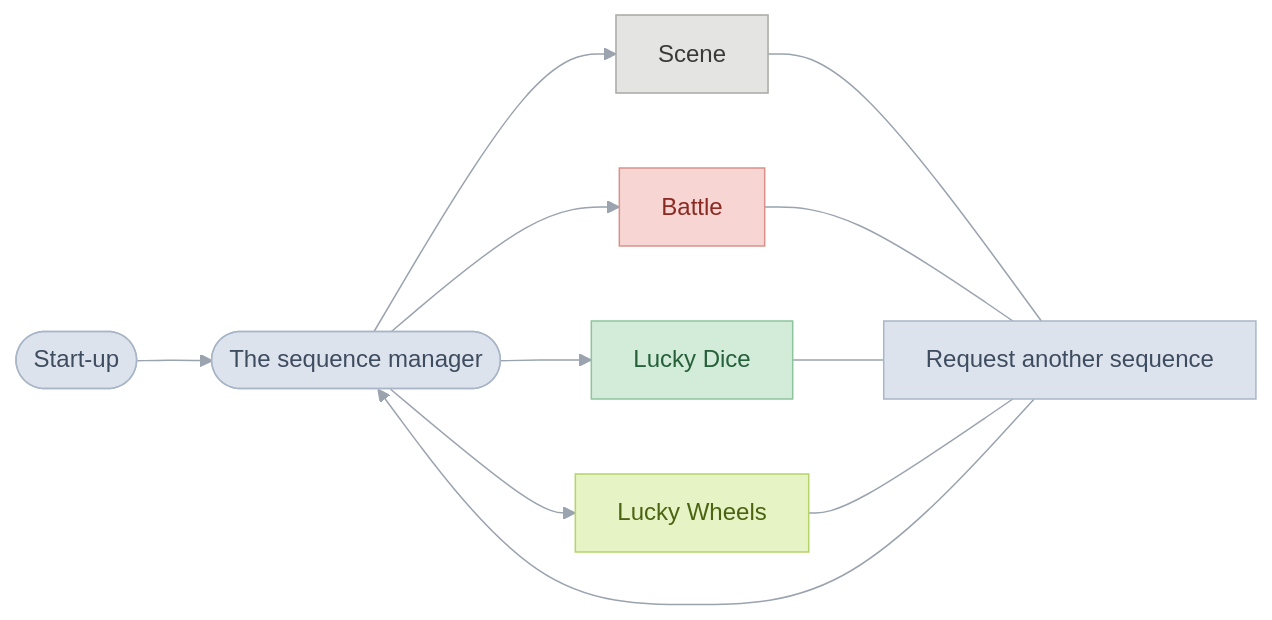
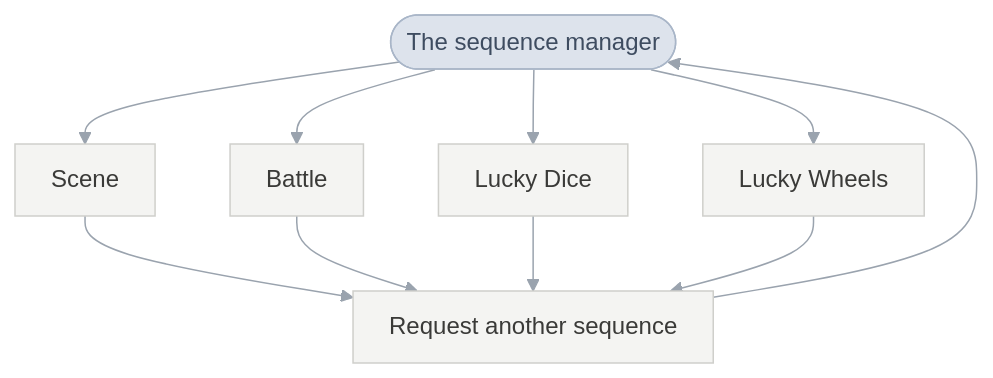
Before and after one commit to PascalPixel/alchemy: the second of 4 diagrams in games/tbs/README.md, drawn with Mermaid. The commit also changed other lines of this file, not shown here.

First line of the commit message:
☀️ Front page: the four charts run top to bottom in two shapes

````diff
--- a/games/tbs/README.md
+++ b/games/tbs/README.md
@@ -41,24 +41,11 @@
 ```mermaid
-%%{init: {"theme": "base", "themeVariables": {"lineColor": "#9AA3AE", "edgeLabelBackground": "#FFFFFF"}, "flowchart": {"curve": "basis", "padding": 14}}}%%
-flowchart LR
-  start(["Start-up"]) --> loop(["The sequence manager"])
-  loop --> scene["Scene"]
-  loop --> battle["Battle"]
-  loop --> dice["Lucky Dice"]
-  loop --> wheels["Lucky Wheels"]
-  scene --- back["Request another sequence"]
-  battle --- back
-  dice --- back
-  wheels --- back
+%%{init: {"theme": "base", "themeVariables": {"lineColor": "#9AA3AE", "edgeLabelBackground": "#FFFFFF"}, "flowchart": {"curve": "basis", "padding": 12}}}%%
+flowchart TD
+  loop(["The sequence manager"]) --> scene["Scene"] & battle["Battle"] & dice["Lucky Dice"] & wheels["Lucky Wheels"]
+  scene & battle & dice & wheels --> back["Request another sequence"]
   back --> loop
-  classDef flow fill:#DDE3EC,stroke:#A9B6C8,color:#3E4C60
-  classDef field fill:#E4E4E2,stroke:#A8A8A4,color:#3A3A38
-  classDef fight fill:#F6D5D2,stroke:#D9928B,color:#8A2A22
-  classDef dice fill:#D3EBD9,stroke:#8DC49E,color:#25603A
-  classDef wheels fill:#E6F3C4,stroke:#B5D46A,color:#4C6312
-  class start,loop,back flow
-  class scene field
-  class battle fight
-  class dice dice
-  class wheels wheels
+  classDef link fill:#DDE3EC,stroke:#A9B6C8,color:#3E4C60
+  classDef step fill:#F4F4F2,stroke:#CFCFCB,color:#3A3A38
+  class loop link
+  class scene,battle,dice,wheels,back step
 ```
````
